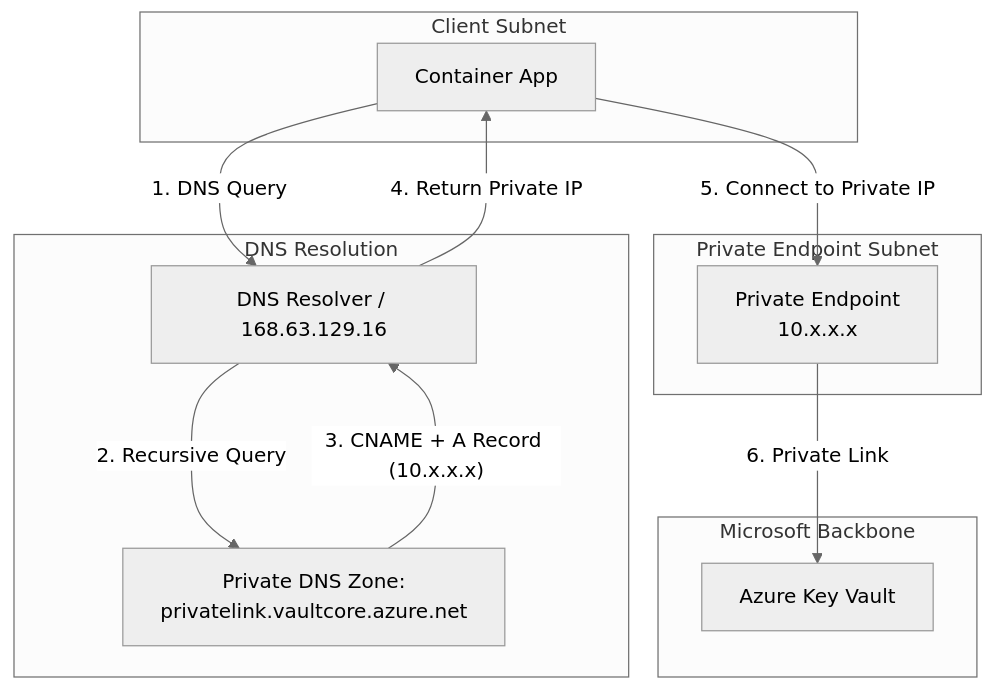
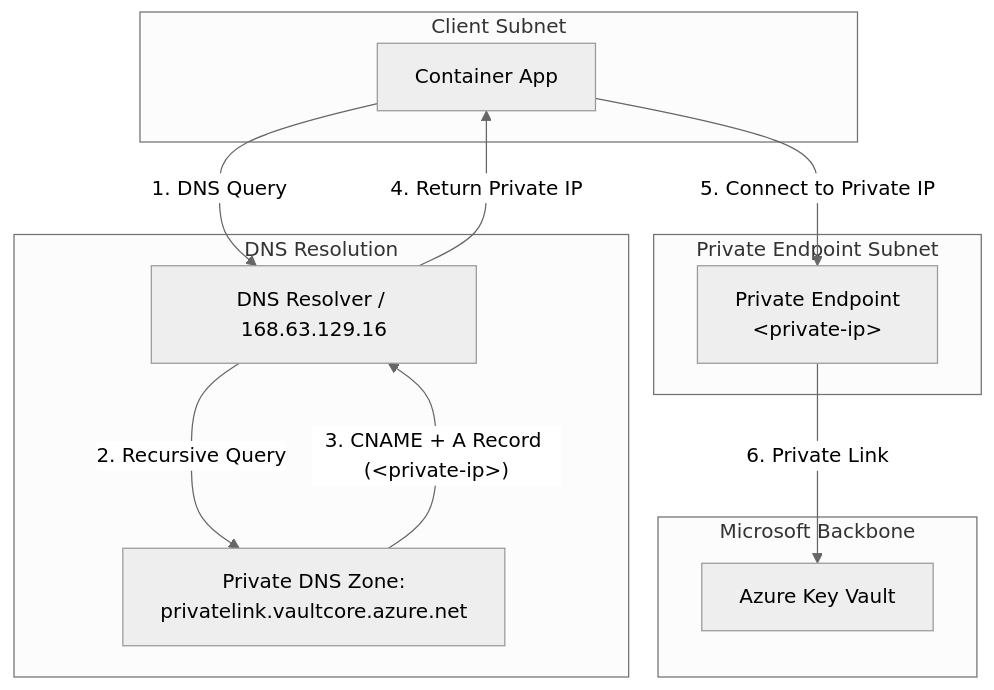
One commit to yeongseon/azure-container-apps-practical-guide changed the second of 3 diagrams in docs/platform/networking/private-endpoints.md. Above: the diagram before and after it, drawn with Mermaid (neutral theme). The commit also changed other lines of this file, not shown here.

````diff
--- a/docs/platform/networking/private-endpoints.md
+++ b/docs/platform/networking/private-endpoints.md
@@ -104,26 +109,26 @@
 ```mermaid
 flowchart TD
     subgraph ClientSubnet [Client Subnet]
         APP[Container App]
     end
 
     subgraph DNS [DNS Resolution]
         RESL[DNS Resolver / 168.63.129.16]
         ZONE[Private DNS Zone:<br/>privatelink.vaultcore.azure.net]
     end
 
     subgraph PESubnet [Private Endpoint Subnet]
-        PE[Private Endpoint<br/>10.x.x.x]
+        PE[Private Endpoint<br/>&lt;private-ip&gt;]
     end
 
     subgraph Backbone [Microsoft Backbone]
         SVC[Azure Key Vault]
     end
 
     APP -- 1. DNS Query --> RESL
     RESL -- 2. Recursive Query --> ZONE
-    ZONE -- 3. CNAME + A Record (10.x.x.x) --> RESL
+    ZONE -- 3. CNAME + A Record (&lt;private-ip&gt;) --> RESL
     RESL -- 4. Return Private IP --> APP
     APP -- 5. Connect to Private IP --> PE
     PE -- 6. Private Link --> SVC
 ```
````
